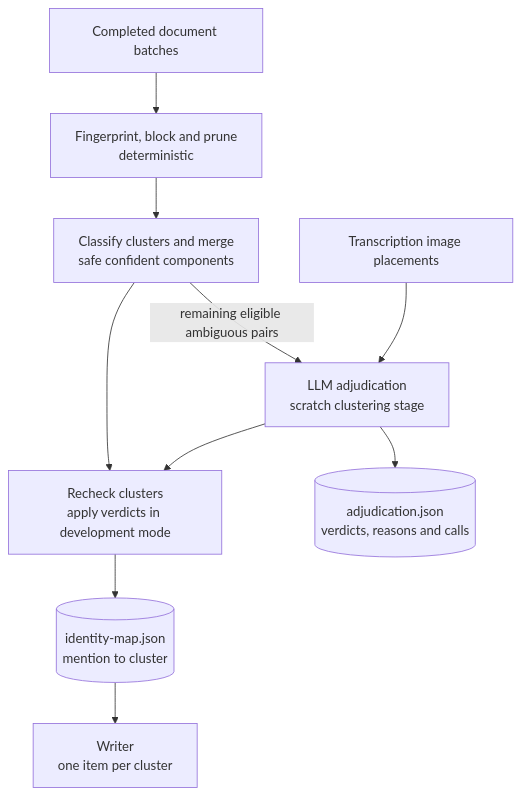
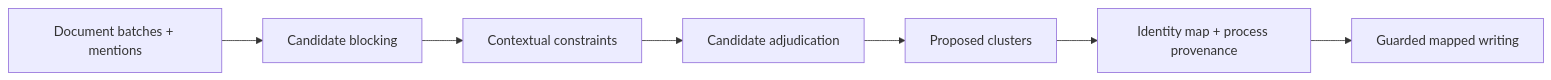
One commit to WillHirsch/yizkr changed the third of 3 diagrams in src/yizkr/pipeline/README.md. Above: the diagram before and after it, drawn with Mermaid. The commit also changed other lines of this file and 125 other files, not shown here.

````diff
--- a/src/yizkr/pipeline/README.md
+++ b/src/yizkr/pipeline/README.md
@@ -146,12 +82,9 @@
 ```mermaid
-flowchart TD
-    batches["Completed document batches"] --> candidates["Fingerprint, block and prune<br/>deterministic"]
-    candidates --> classify["Classify clusters and merge<br/>safe confident components"]
-    classify -->|remaining eligible ambiguous pairs| adjudicate["LLM adjudication<br/>scratch clustering stage"]
-    placements["Transcription image placements"] --> adjudicate
-    classify --> settle["Recheck clusters<br/>apply verdicts in development mode"]
-    adjudicate --> settle
-    adjudicate --> record[("adjudication.json<br/>verdicts, reasons and calls")]
-    settle --> map[("identity-map.json<br/>mention to cluster")]
-    map --> writer["Writer<br/>one item per cluster"]
+flowchart LR
+    batches["Document batches + mentions"] --> blocking["Candidate blocking"]
+    blocking --> constraints["Contextual constraints"]
+    constraints --> adjudicate["Candidate adjudication"]
+    adjudicate --> clusters["Proposed clusters"]
+    clusters --> snapshot["Identity map + process provenance"]
+    snapshot --> writer["Guarded mapped writing"]
 ```
````
